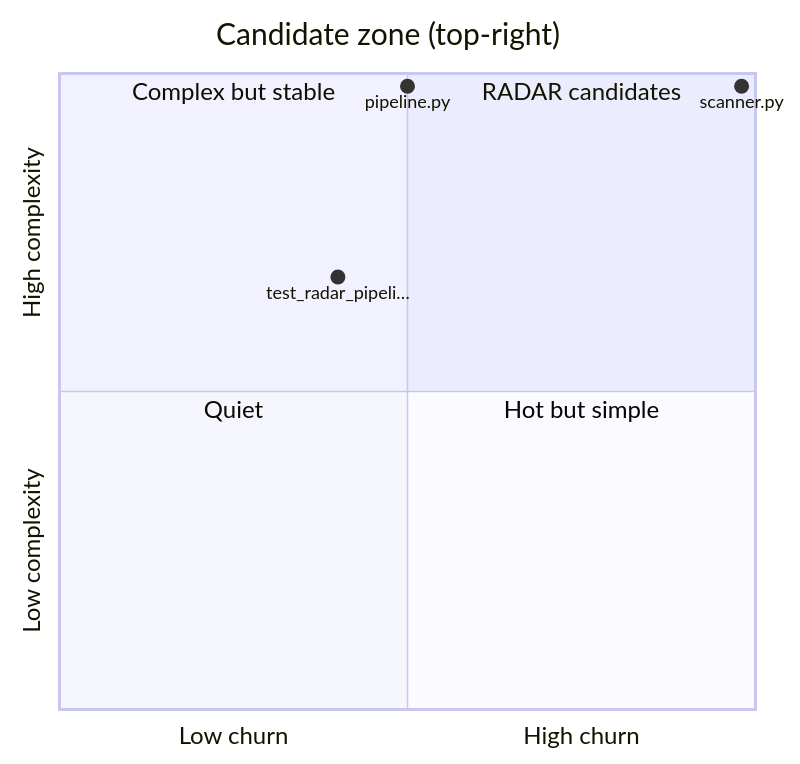
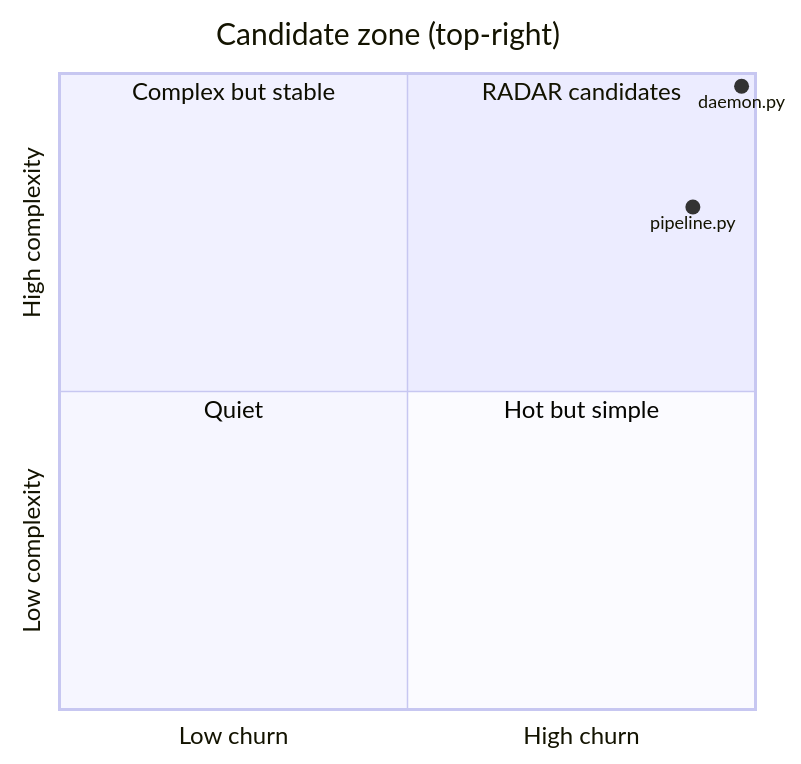
Before and after one commit to hhleroy97/repo-scan: the diagram in docs/research/candidates.md, drawn with Mermaid. The commit also changed other lines of this file and 14 other files, not shown here.

````diff
--- a/docs/research/candidates.md
+++ b/docs/research/candidates.md
@@ -7,13 +7,12 @@
 ```mermaid
 quadrantChart
     title Candidate zone (top-right)
     x-axis Low churn --> High churn
     y-axis Low complexity --> High complexity
     quadrant-1 RADAR candidates
     quadrant-2 Complex but stable
     quadrant-3 Quiet
     quadrant-4 Hot but simple
-    scanner.py: [0.98, 0.98]
-    test_radar_pipeli…: [0.40, 0.68]
-    pipeline.py: [0.50, 0.98]
+    daemon.py: [0.98, 0.98]
+    pipeline.py: [0.91, 0.79]
 ```
````
